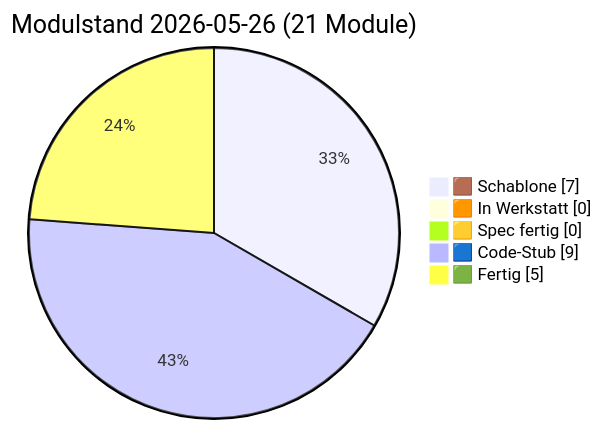
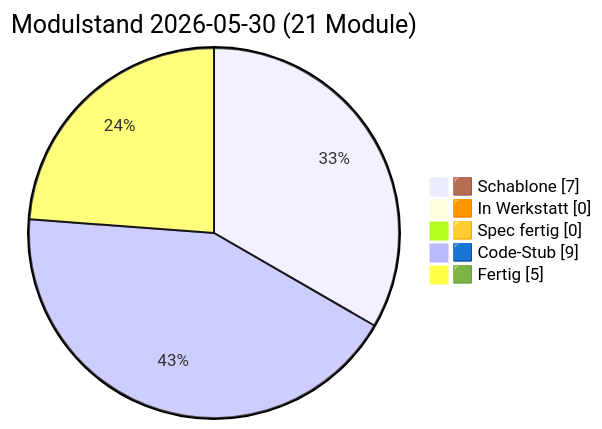
Before and after one commit to lausiklauskn-png/Sage-Protokol: the diagram in docs/PULS.md, drawn with Mermaid. The commit also changed other lines of this file and 8 other files, not shown here.

````diff
--- a/docs/PULS.md
+++ b/docs/PULS.md
@@ -21,9 +21,9 @@
 ```mermaid
 pie showData
-  title Modulstand 2026-05-26 (21 Module)
+  title Modulstand 2026-05-30 (21 Module)
   "🟫 Schablone" : 7
   "🟧 In Werkstatt" : 0
   "🟨 Spec fertig" : 0
   "🟦 Code-Stub" : 9
   "🟩 Fertig" : 5
 ```
````
